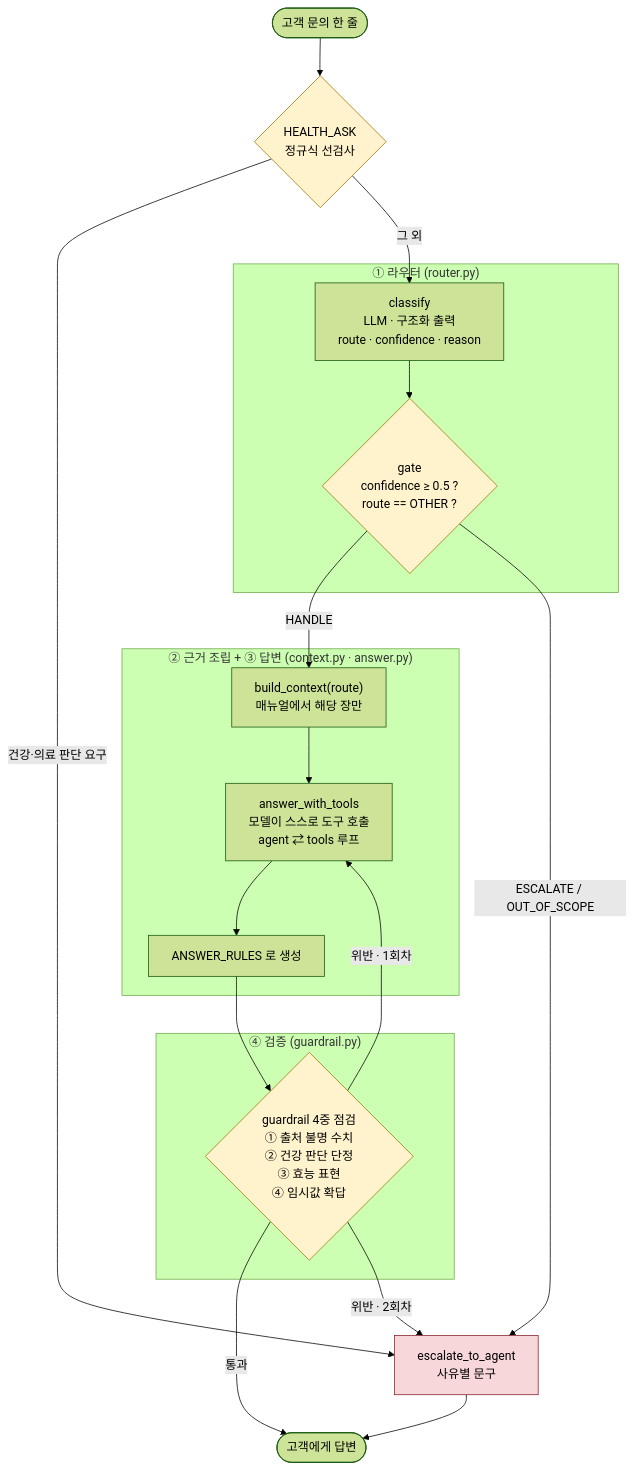
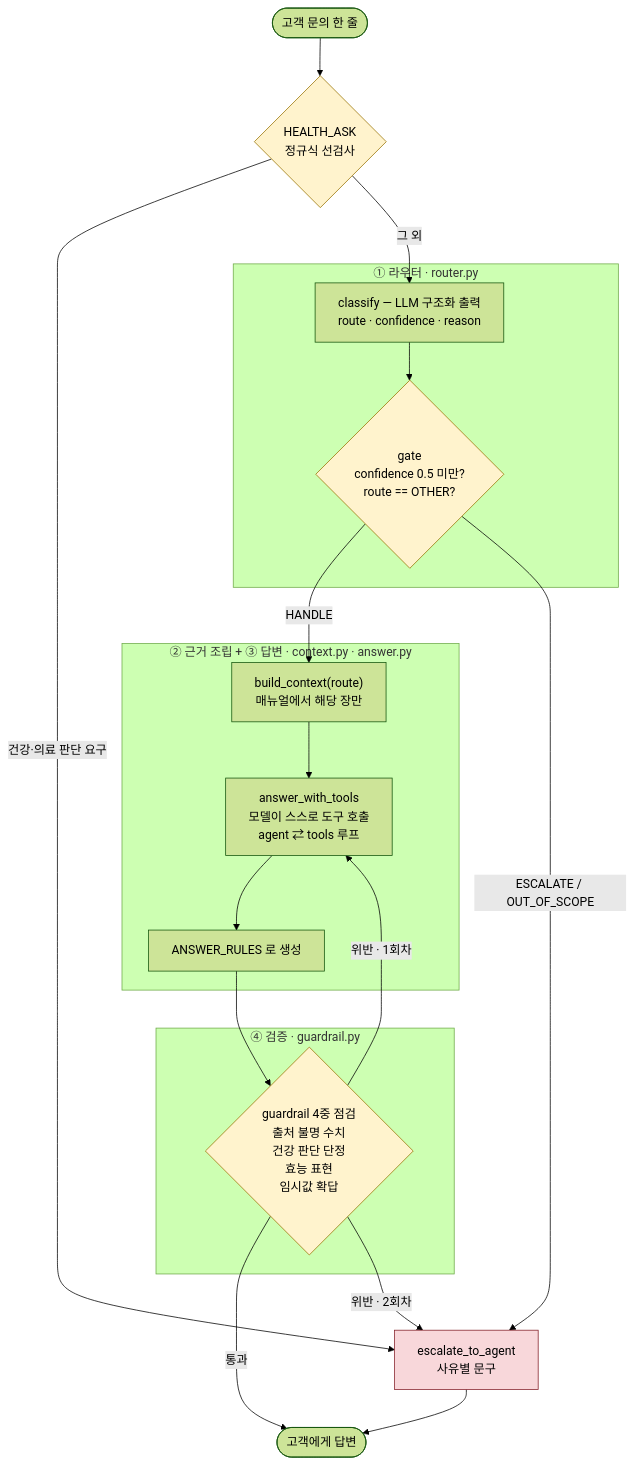
Before and after one commit to soulairise/soulmate-cs-agent: the diagram in REPORT.md, drawn with Mermaid (forest theme).

Commit message:
Mermaid 구조도를 안전한 문법으로 고친다
subgraph 안에서 노드 정의와 화살표를 줄바꿈으로 이어 썼는데, Mermaid 는 한 문장을
여러 줄로 나누는 것을 보장하지 않는다. 노드 정의와 엣지를 각각 한 줄씩으로 분리했다.
subgraph 제목의 괄호도 뺐다.

제출물에 들어가는 그림이라 렌더가 깨지면 그대로 감점이다.

````diff
--- a/REPORT.md
+++ b/REPORT.md
@@ -303,38 +303,41 @@
 ```mermaid
 flowchart TD
     START([고객 문의 한 줄]) --> HG{"HEALTH_ASK<br/>정규식 선검사"}
 
     HG -->|"건강·의료 판단 요구"| ESC
     HG -->|그 외| ROUTE
 
-    subgraph R["① 라우터 (router.py)"]
-        ROUTE["classify<br/>LLM · 구조화 출력<br/>route · confidence · reason"]
-        --> GATE{"gate<br/>confidence ≥ 0.5 ?<br/>route == OTHER ?"}
+    subgraph R["① 라우터 · router.py"]
+        ROUTE["classify — LLM 구조화 출력<br/>route · confidence · reason"]
+        GATE{"gate<br/>confidence 0.5 미만?<br/>route == OTHER?"}
+        ROUTE --> GATE
     end
 
     GATE -->|"HANDLE"| CTX
     GATE -->|"ESCALATE / OUT_OF_SCOPE"| ESC
 
-    subgraph A["② 근거 조립 + ③ 답변 (context.py · answer.py)"]
+    subgraph A["② 근거 조립 + ③ 답변 · context.py · answer.py"]
         CTX["build_context(route)<br/>매뉴얼에서 해당 장만"]
-        --> TOOLS["answer_with_tools<br/>모델이 스스로 도구 호출<br/>agent ⇄ tools 루프"]
-        --> GEN["ANSWER_RULES 로 생성"]
+        TOOLS["answer_with_tools<br/>모델이 스스로 도구 호출<br/>agent ⇄ tools 루프"]
+        GEN["ANSWER_RULES 로 생성"]
+        CTX --> TOOLS
+        TOOLS --> GEN
     end
 
     GEN --> GUARD
 
-    subgraph G["④ 검증 (guardrail.py)"]
-        GUARD{"guardrail 4중 점검<br/>① 출처 불명 수치<br/>② 건강 판단 단정<br/>③ 효능 표현<br/>④ 임시값 확답"}
+    subgraph G["④ 검증 · guardrail.py"]
+        GUARD{"guardrail 4중 점검<br/>출처 불명 수치<br/>건강 판단 단정<br/>효능 표현<br/>임시값 확답"}
     end
 
     GUARD -->|"통과"| OUT([고객에게 답변])
     GUARD -->|"위반 · 1회차"| TOOLS
     GUARD -->|"위반 · 2회차"| ESC
 
     ESC["escalate_to_agent<br/>사유별 문구"] --> OUT
 
     classDef gate fill:#fff3cd,stroke:#997404
     classDef safe fill:#f8d7da,stroke:#842029
     class HG,GATE,GUARD gate
     class ESC safe
 ```
````
